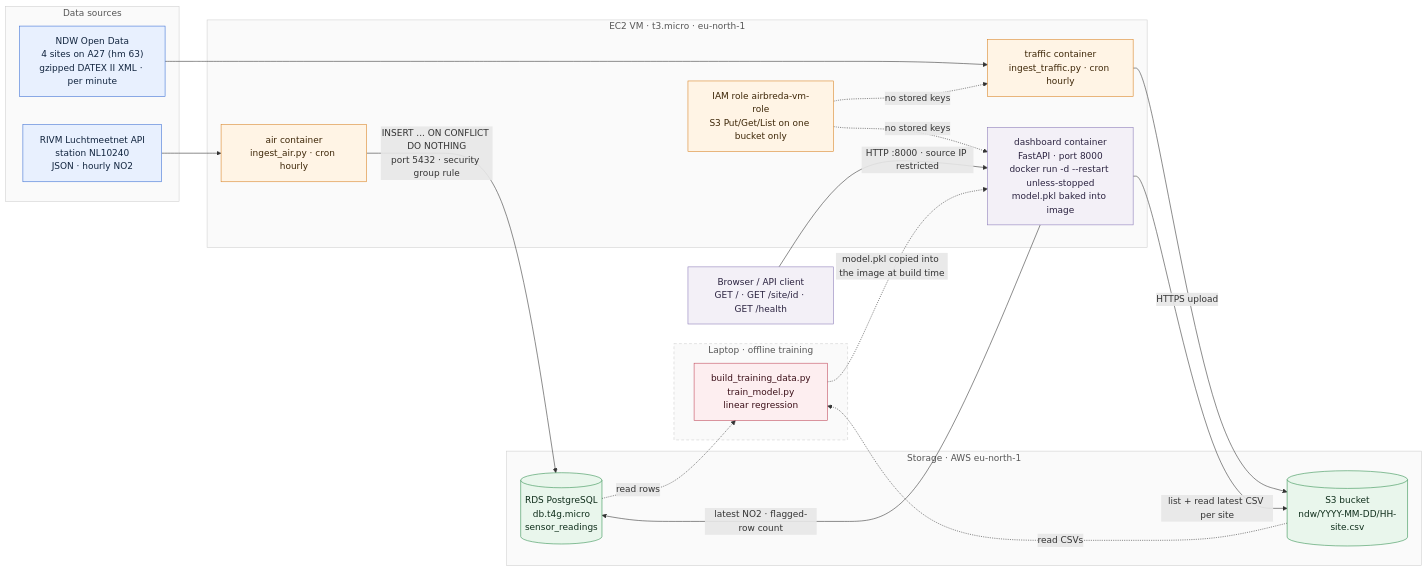
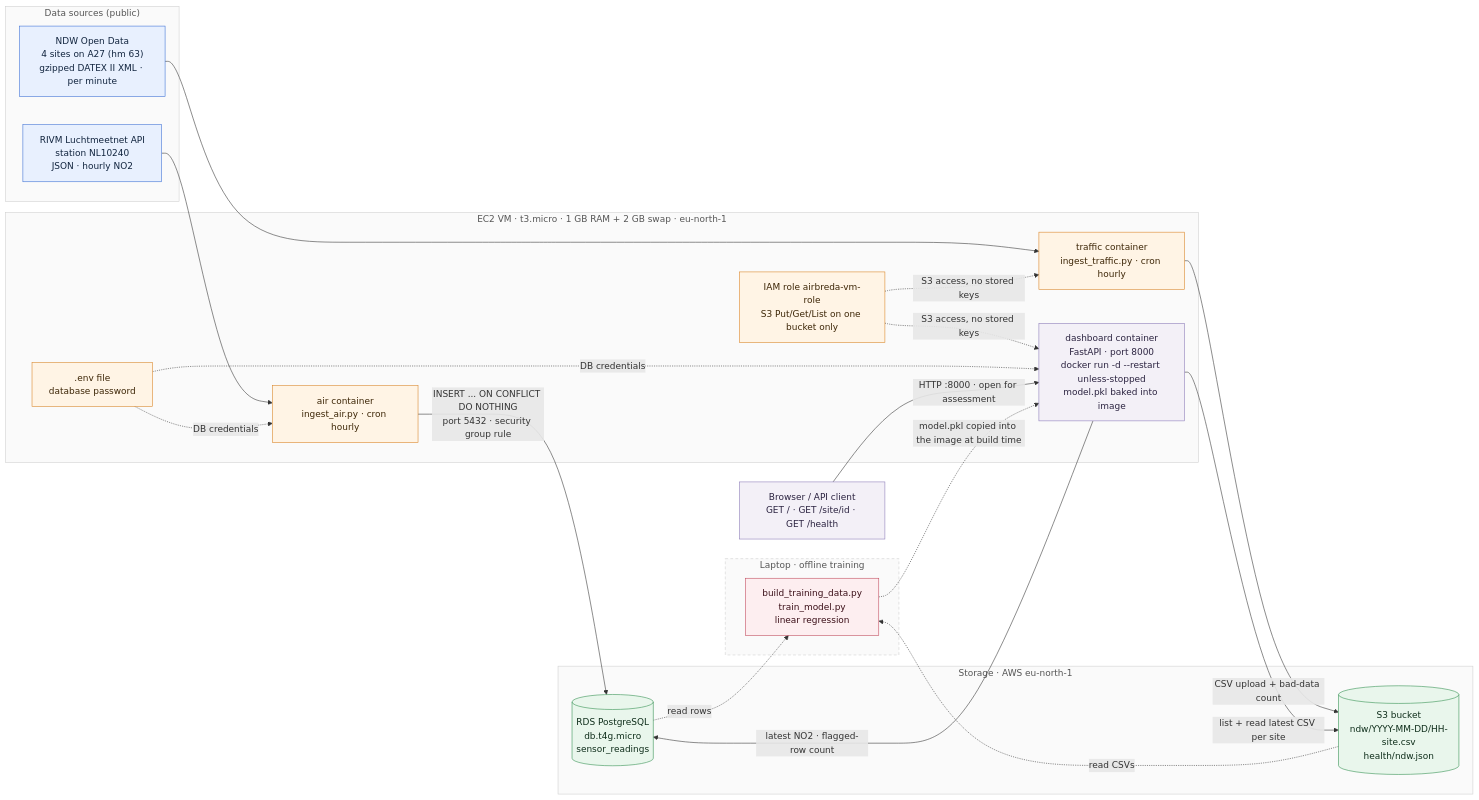
The diagram in docs/index.md (yuliiamedun/airbreda), drawn with Mermaid before and after one commit. The commit also changed other lines of this file, not shown here.

Commit message:
update: Architecture design document

````diff
--- a/docs/index.md
+++ b/docs/index.md
@@ -23,55 +15,58 @@
 ```mermaid
 flowchart LR
-    subgraph sources["Data sources"]
+    subgraph sources["Data sources (public)"]
         LMN["RIVM Luchtmeetnet API<br/>station NL10240<br/>JSON · hourly NO2"]
         NDW["NDW Open Data<br/>4 sites on A27 (hm 63)<br/>gzipped DATEX II XML · per minute"]
     end
 
-    subgraph vm["EC2 VM · t3.micro · eu-north-1"]
+    subgraph vm["EC2 VM · t3.micro · 1 GB RAM + 2 GB swap · eu-north-1"]
         IA["air container<br/>ingest_air.py · cron hourly"]
         IT["traffic container<br/>ingest_traffic.py · cron hourly"]
         DASH["dashboard container<br/>FastAPI · port 8000<br/>docker run -d --restart unless-stopped<br/>model.pkl baked into image"]
         IAM["IAM role airbreda-vm-role<br/>S3 Put/Get/List on one bucket only"]
+        ENV[".env file<br/>database password"]
     end
 
     subgraph storage["Storage · AWS eu-north-1"]
         RDS[("RDS PostgreSQL<br/>db.t4g.micro<br/>sensor_readings")]
-        S3[("S3 bucket<br/>ndw/YYYY-MM-DD/HH-site.csv")]
+        S3[("S3 bucket<br/>ndw/YYYY-MM-DD/HH-site.csv<br/>health/ndw.json")]
     end
 
     subgraph offline["Laptop · offline training"]
         TR["build_training_data.py<br/>train_model.py<br/>linear regression"]
     end
 
     USER["Browser / API client<br/>GET / · GET /site/id · GET /health"]
 
     LMN --> IA
     NDW --> IT
     IA -->|"INSERT ... ON CONFLICT DO NOTHING<br/>port 5432 · security group rule"| RDS
-    IT -->|"HTTPS upload"| S3
+    IT -->|"CSV upload + bad-data count"| S3
     DASH -->|"latest NO2 · flagged-row count"| RDS
     DASH -->|"list + read latest CSV per site"| S3
-    IAM -.->|"no stored keys"| IT
-    IAM -.->|"no stored keys"| DASH
-    USER -->|"HTTP :8000 · source IP restricted"| DASH
+    IAM -.->|"S3 access, no stored keys"| IT
+    IAM -.->|"S3 access, no stored keys"| DASH
+    ENV -.->|"DB credentials"| IA
+    ENV -.->|"DB credentials"| DASH
+    USER -->|"HTTP :8000 · open for assessment"| DASH
     RDS -.->|"read rows"| TR
     S3 -.->|"read CSVs"| TR
     TR -.->|"model.pkl copied into the image at build time"| DASH
 
     classDef src fill:#e8f0fe,stroke:#3b6fd4,color:#11243e
     classDef ing fill:#fff4e5,stroke:#d98324,color:#3d2607
     classDef sto fill:#e9f6ec,stroke:#2f8f4e,color:#0f2e1b
     classDef srv fill:#f3f0f7,stroke:#8b7bb8,color:#2b2340
     classDef off fill:#fdeef0,stroke:#c0475a,color:#3b0f18
 
     class LMN,NDW src
-    class IA,IT,IAM ing
+    class IA,IT,IAM,ENV ing
     class RDS,S3 sto
     class DASH,USER srv
     class TR off
 
     style sources fill:#fafafa,stroke:#cfcfcf,color:#555
     style vm fill:#fafafa,stroke:#cfcfcf,color:#555
     style storage fill:#fafafa,stroke:#cfcfcf,color:#555
     style offline fill:#fafafa,stroke:#cfcfcf,color:#555,stroke-dasharray:5 4
 ```
````
